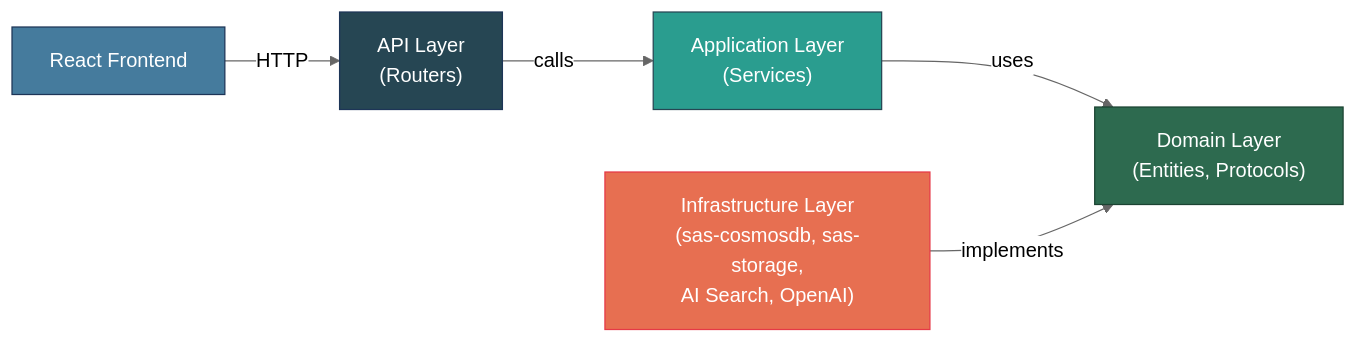
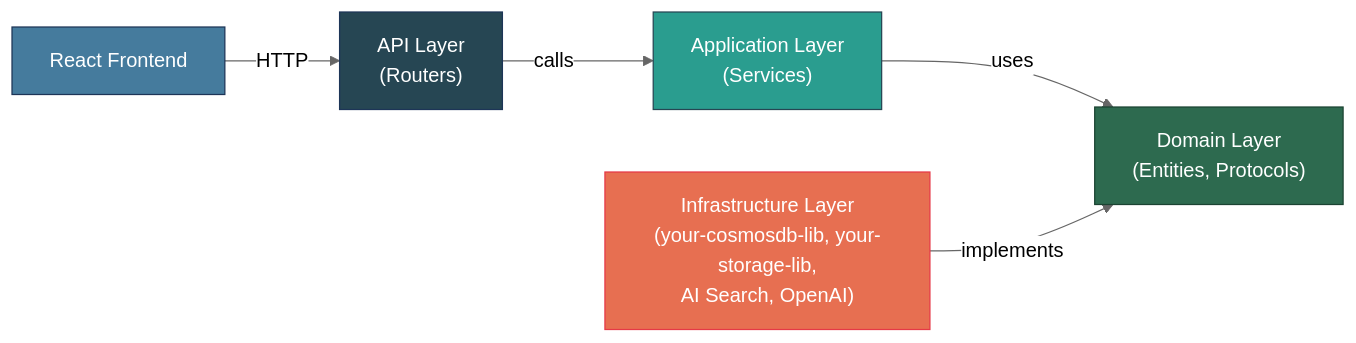
One commit to Dongbumlee/sdlc-harness changed the second of 8 diagrams in docs/adr/ADR-001-smartdoc-analyzer-architecture.md. Above: the diagram before and after it, drawn with Mermaid (neutral theme). The commit also changed other lines of this file and 63 other files, not shown here.

````diff
--- a/docs/adr/ADR-001-smartdoc-analyzer-architecture.md
+++ b/docs/adr/ADR-001-smartdoc-analyzer-architecture.md
@@ -110,13 +110,13 @@
 ```mermaid
 flowchart LR
     Web["React Frontend"] -->|"HTTP"| APILayer["API Layer\n(Routers)"]
     APILayer -->|"calls"| AppLayer["Application Layer\n(Services)"]
     AppLayer -->|"uses"| DomainLayer["Domain Layer\n(Entities, Protocols)"]
-    InfraLayer["Infrastructure Layer\n(sas-cosmosdb, sas-storage,\nAI Search, OpenAI)"] -->|"implements"| DomainLayer
+    InfraLayer["Infrastructure Layer\n(your-cosmosdb-lib, your-storage-lib,\nAI Search, OpenAI)"] -->|"implements"| DomainLayer
 
     style DomainLayer fill:#2d6a4f,stroke:#1b4332,color:#fff
     style APILayer fill:#264653,stroke:#1d3557,color:#fff
     style AppLayer fill:#2a9d8f,stroke:#264653,color:#fff
     style InfraLayer fill:#e76f51,stroke:#e63946,color:#fff
     style Web fill:#457b9d,stroke:#1d3557,color:#fff
 ```
````
